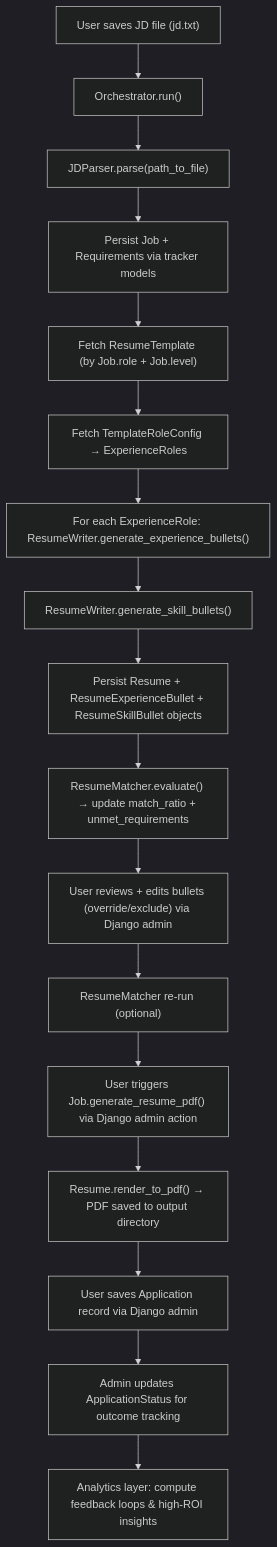
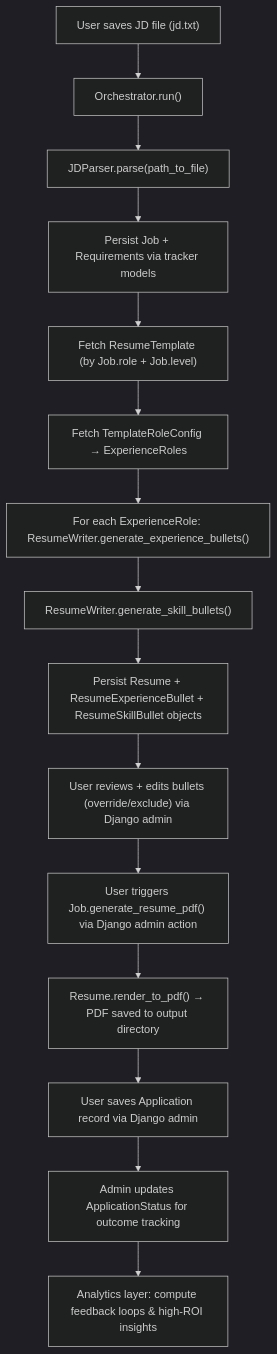
Before and after one commit to vhidrogo/job-search-automation: the second of 2 diagrams in docs/system_design.md, drawn with Mermaid (dark theme). The commit also changed other lines of this file, not shown here.

Commit message:
docs: remove resume matcher references

````diff
--- a/docs/system_design.md
+++ b/docs/system_design.md
@@ -399,19 +396,17 @@
 ```mermaid
 flowchart TD
     A["User saves JD file (jd.txt)"] --> B["Orchestrator.run()"]
     B --> C["JDParser.parse(path_to_file)"]
     C --> D["Persist Job + Requirements via tracker models"]
     D --> E["Fetch ResumeTemplate (by Job.role + Job.level)"]
     E --> F["Fetch TemplateRoleConfig → ExperienceRoles"]
     F --> G["For each ExperienceRole: ResumeWriter.generate_experience_bullets()"]
     G --> H["ResumeWriter.generate_skill_bullets()"]
     H --> I["Persist Resume + ResumeExperienceBullet + ResumeSkillBullet objects"]
-    I --> J["ResumeMatcher.evaluate() → update match_ratio + unmet_requirements"]
-    J --> K["User reviews + edits bullets (override/exclude) via Django admin"]
-    K --> L["ResumeMatcher re-run (optional)"]
-    L --> M["User triggers Job.generate_resume_pdf() via Django admin action"]
-    M --> N["Resume.render_to_pdf() → PDF saved to output directory"]
-    N --> O["User saves Application record via Django admin"]
-    O --> P["Admin updates ApplicationStatus for outcome tracking"]
-    P --> Q["Analytics layer: compute feedback loops & high-ROI insights"]
+    I --> J["User reviews + edits bullets (override/exclude) via Django admin"]
+    J --> K["User triggers Job.generate_resume_pdf() via Django admin action"]
+    K --> L["Resume.render_to_pdf() → PDF saved to output directory"]
+    L --> M["User saves Application record via Django admin"]
+    M --> N["Admin updates ApplicationStatus for outcome tracking"]
+    N --> O["Analytics layer: compute feedback loops & high-ROI insights"]
 ```
````
